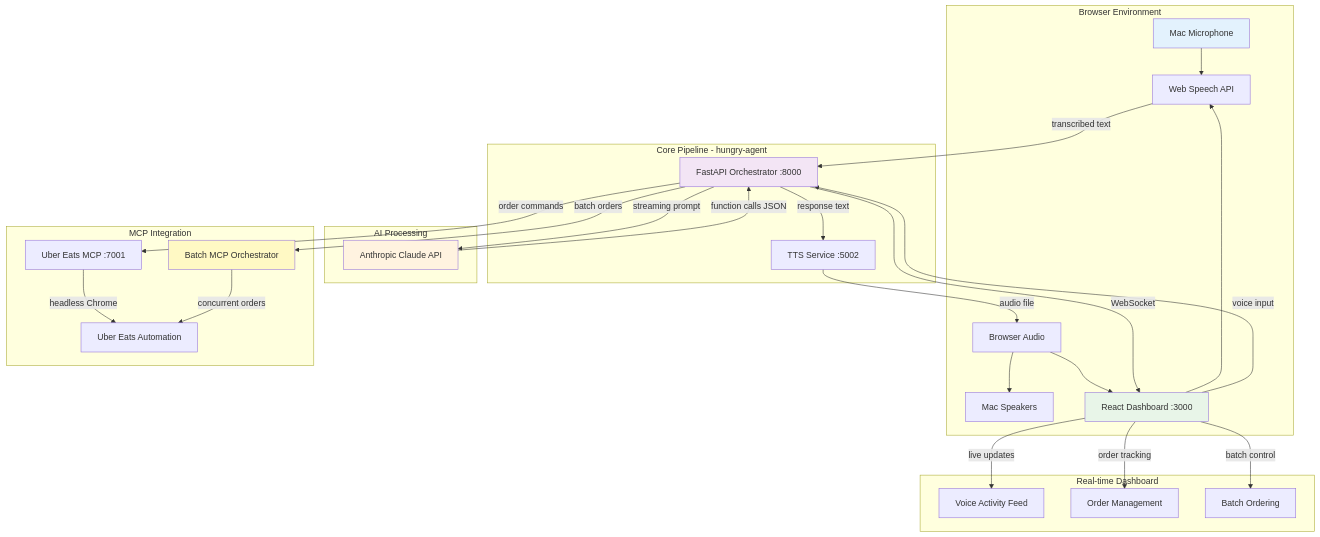
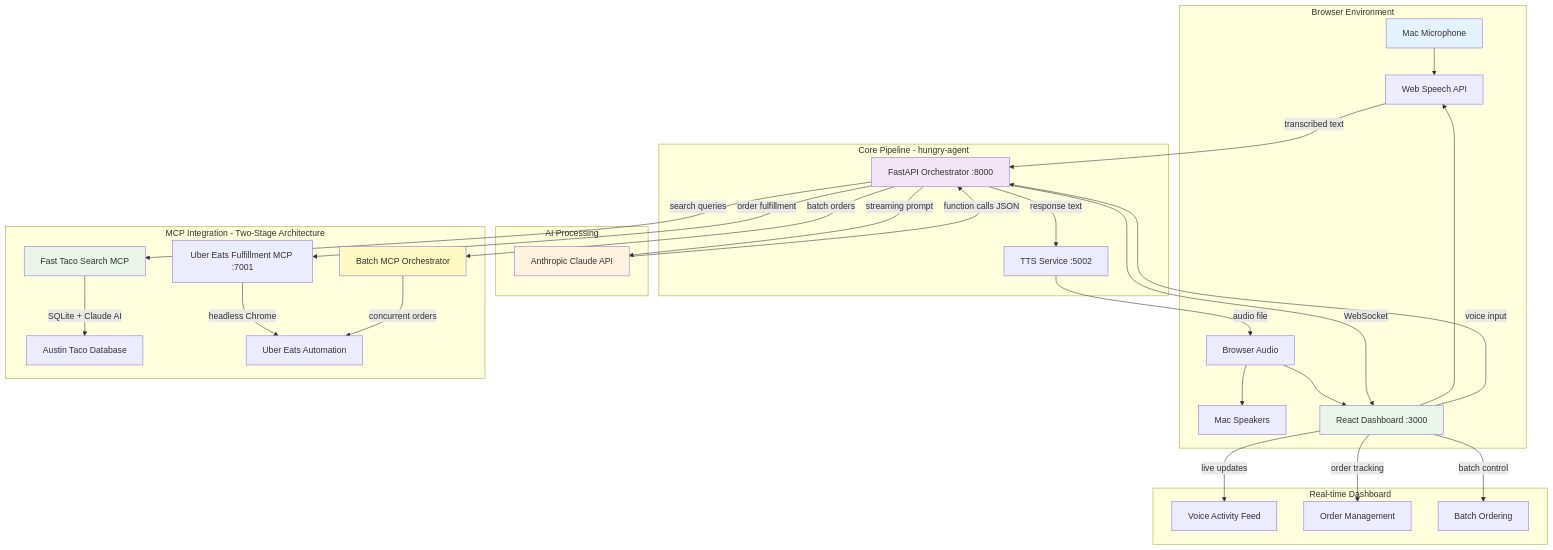
The diagram in README.md (468-Ventures-June-2025-Hackathon-ATX/hungry-agent), drawn with Mermaid before and after one commit. The commit also changed other lines of this file and 2 other files, not shown here.

````diff
--- a/README.md
+++ b/README.md
@@ -18,41 +20,44 @@
 ```mermaid
 graph TD
     subgraph Browser Environment
         MIC[Mac Microphone] --> BROWSER_STT[Web Speech API]
         BROWSER_TTS[Browser Audio] --> SPKR[Mac Speakers]
         UI[React Dashboard :3000] --> BROWSER_STT
         BROWSER_TTS --> UI
     end
 
     subgraph Core Pipeline - hungry-agent
         BROWSER_STT -->|transcribed text| ORCH[FastAPI Orchestrator :8000]
         ORCH -->|response text| TTS_SERVICE[TTS Service :5002]
         TTS_SERVICE -->|audio file| BROWSER_TTS
     end
 
     subgraph AI Processing
         ORCH -->|streaming prompt| CLAUDE[Anthropic Claude API]
         CLAUDE -->|function calls JSON| ORCH
     end
 
-    subgraph MCP Integration
-        ORCH -->|order commands| UBER[Uber Eats MCP :7001]
+    subgraph MCP Integration - Two-Stage Architecture
+        ORCH -->|search queries| TACO_SEARCH[Fast Taco Search MCP]
+        TACO_SEARCH -->|SQLite + Claude AI| TACO_DB[Austin Taco Database]
+        ORCH -->|order fulfillment| UBER[Uber Eats Fulfillment MCP :7001]
         ORCH -->|batch orders| BATCH[Batch MCP Orchestrator]
         UBER -->|headless Chrome| UE_BROWSER[Uber Eats Automation]
         BATCH -->|concurrent orders| UE_BROWSER
     end
 
     subgraph Real-time Dashboard
         ORCH -->|WebSocket| UI
         UI -->|voice input| ORCH
         UI -->|live updates| VOICE_FEED[Voice Activity Feed]
         UI -->|order tracking| ORDER_MGMT[Order Management]
         UI -->|batch control| BATCH_UI[Batch Ordering]
     end
 
     style MIC fill:#e3f2fd
     style ORCH fill:#f3e5f5
     style CLAUDE fill:#fff3e0
     style UI fill:#e8f5e8
+    style TACO_SEARCH fill:#e8f5e8
     style BATCH fill:#fff9c4
 ```
````
